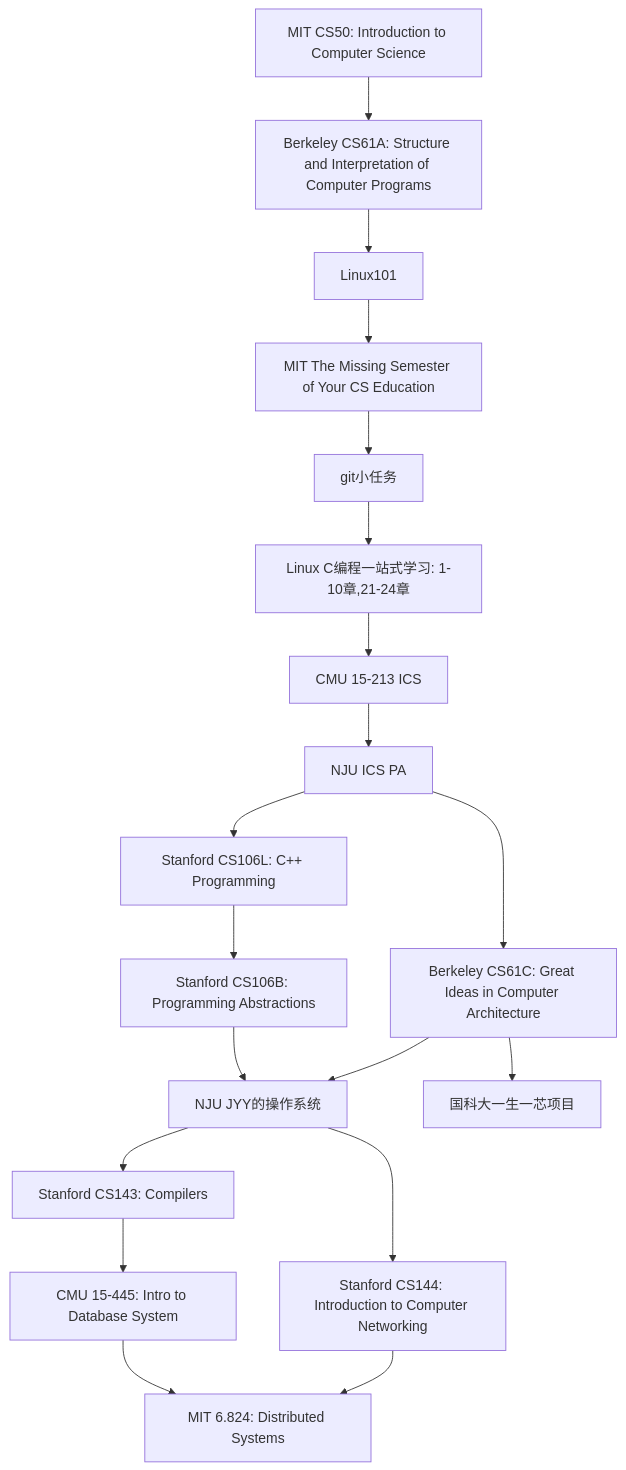
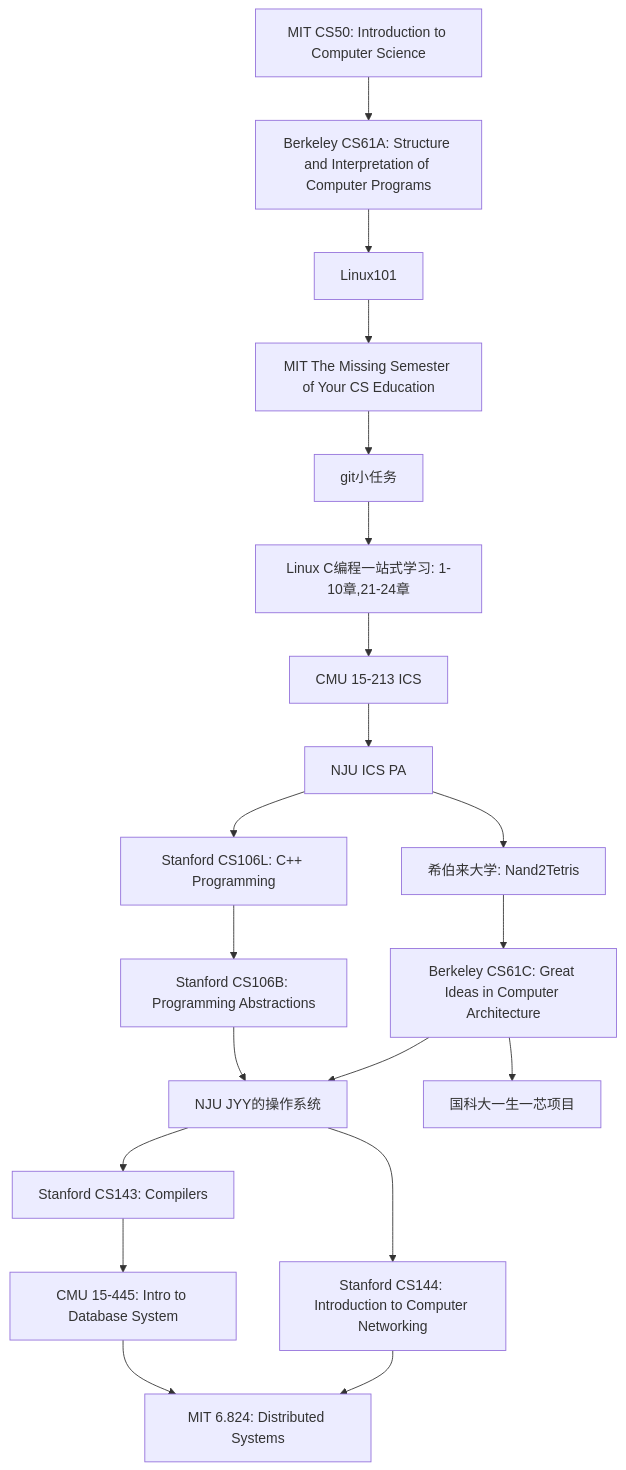
The diagram in docs/notes/cs_roadmap.md (SUEPaper/cs202), drawn with Mermaid before and after one commit. The commit also changed other lines of this file and 2 other files, not shown here.

````diff
--- a/docs/notes/cs_roadmap.md
+++ b/docs/notes/cs_roadmap.md
@@ -14,23 +14,24 @@
 ```mermaid
 
 graph
     A[MIT CS50: Introduction to Computer Science] --> B[Berkeley CS61A: Structure and Interpretation of Computer Programs]
     B --> C1[Linux101]
 	C1 --> C2[MIT The Missing Semester of Your CS Education]
     C2 --> D[git小任务]
     D --> E[Linux C编程一站式学习: 1-10章,21-24章]
     E --> F[CMU 15-213 ICS]
     F --> G[NJU ICS PA]
     G --> H[Stanford CS106L: C++ Programming]
     H --> I[Stanford CS106B: Programming Abstractions]
-    G --> J[Berkeley CS61C: Great Ideas in Computer Architecture]
+    G --> J1[希伯来大学: Nand2Tetris]
+    J1 --> J2[Berkeley CS61C: Great Ideas in Computer Architecture]
     I --> K[NJU JYY的操作系统]
-    J --> K
+    J2 --> K
     K --> L[Stanford CS143: Compilers]
     K --> M[Stanford CS144: Introduction to Computer Networking]
     L --> N[CMU 15-445: Intro to Database System]
     N --> O[MIT 6.824: Distributed Systems]
     M --> O
-    J --> P[国科大一生一芯项目]
+    J2 --> P[国科大一生一芯项目]
 
 ```
````
